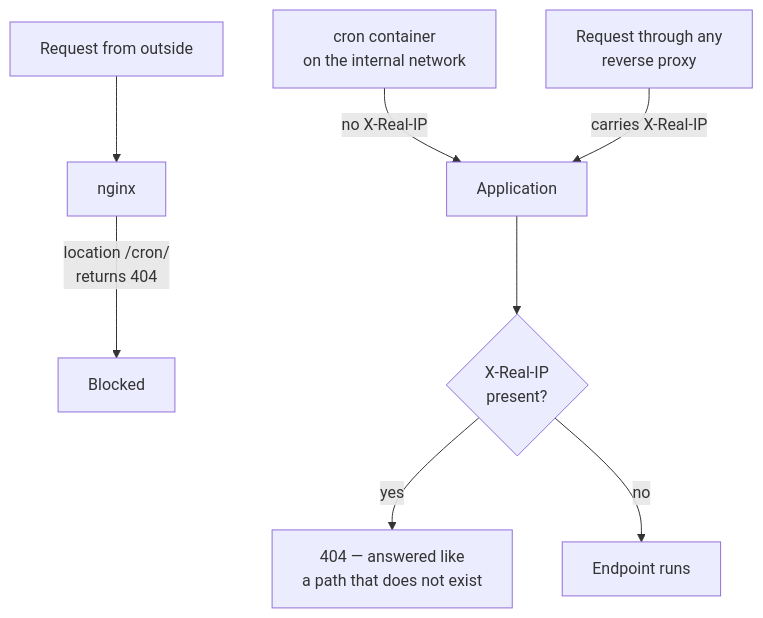
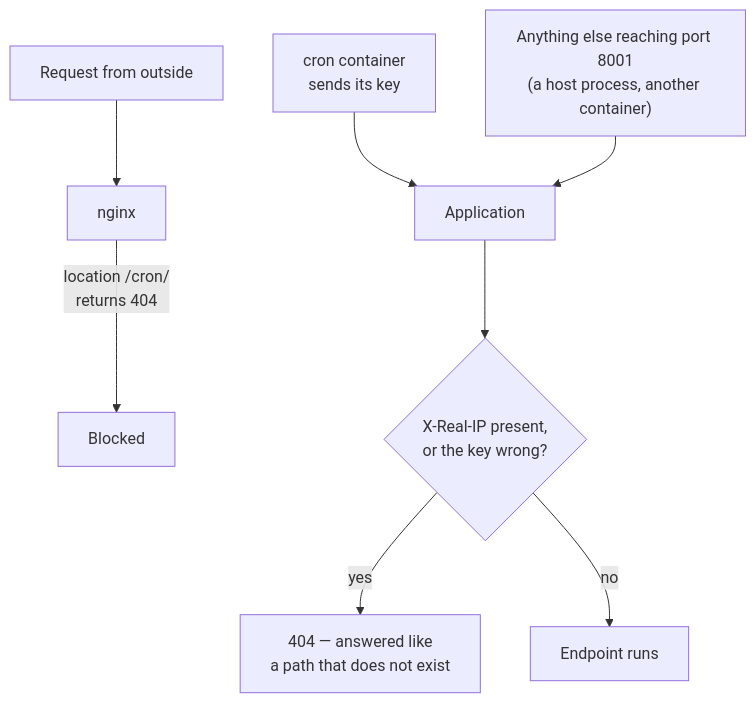
One commit to alessiobravi/routerfleet_improved changed the second of 5 diagrams in docs/security.md. Above: the diagram before and after it, drawn with Mermaid. The commit also changed other lines of this file and 16 other files, not shown here.

````diff
--- a/docs/security.md
+++ b/docs/security.md
@@ -79,10 +75,10 @@
 ```mermaid
 flowchart TD
     ext["Request from outside"] --> nginx["nginx"]
     nginx -->|"location /cron/<br/>returns 404"| blocked["Blocked"]
-    cron["cron container<br/>on the internal network"] -->|"no X-Real-IP"| app["Application"]
-    ext2["Request through any<br/>reverse proxy"] -->|"carries X-Real-IP"| app
-    app --> chk{"X-Real-IP<br/>present?"}
+    cron["cron container<br/>sends its key"] --> app["Application"]
+    other["Anything else reaching port 8001<br/>(a host process, another container)"] --> app
+    app --> chk{"X-Real-IP present,<br/>or the key wrong?"}
     chk -->|yes| r404["404 — answered like<br/>a path that does not exist"]
     chk -->|no| run["Endpoint runs"]
 ```
````
